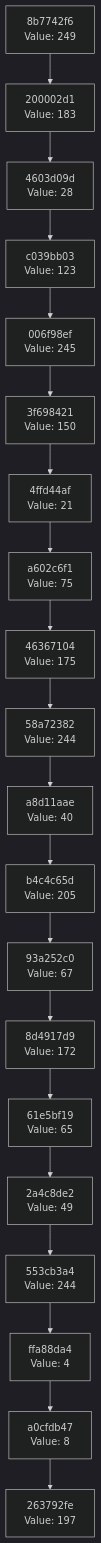
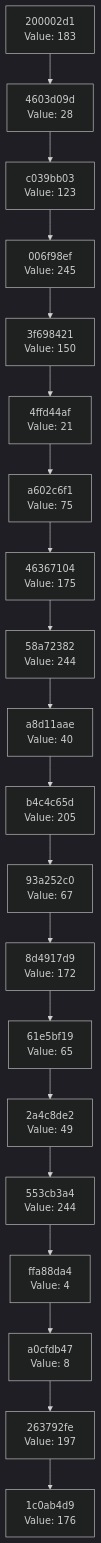
One commit to Abhisheksinha1506/hash-chain-evolver changed the diagram in docs/CHAIN_VISUALIZATION.md. Above: the diagram before and after it, drawn with Mermaid (dark theme). The commit also changed 3 other files, not shown here.

````diff
--- a/docs/CHAIN_VISUALIZATION.md
+++ b/docs/CHAIN_VISUALIZATION.md
@@ -3,42 +3,42 @@
 ```mermaid
 graph TD
-    C0["263792fe<br/>Value: 197"]
-    C1["a0cfdb47<br/>Value: 8"]
+    C0["1c0ab4d9<br/>Value: 176"]
+    C1["263792fe<br/>Value: 197"]
     C1 --> C0
-    C2["ffa88da4<br/>Value: 4"]
+    C2["a0cfdb47<br/>Value: 8"]
     C2 --> C1
-    C3["553cb3a4<br/>Value: 244"]
+    C3["ffa88da4<br/>Value: 4"]
     C3 --> C2
-    C4["2a4c8de2<br/>Value: 49"]
+    C4["553cb3a4<br/>Value: 244"]
     C4 --> C3
-    C5["61e5bf19<br/>Value: 65"]
+    C5["2a4c8de2<br/>Value: 49"]
     C5 --> C4
-    C6["8d4917d9<br/>Value: 172"]
+    C6["61e5bf19<br/>Value: 65"]
     C6 --> C5
-    C7["93a252c0<br/>Value: 67"]
+    C7["8d4917d9<br/>Value: 172"]
     C7 --> C6
-    C8["b4c4c65d<br/>Value: 205"]
+    C8["93a252c0<br/>Value: 67"]
     C8 --> C7
-    C9["a8d11aae<br/>Value: 40"]
+    C9["b4c4c65d<br/>Value: 205"]
     C9 --> C8
-    C10["58a72382<br/>Value: 244"]
+    C10["a8d11aae<br/>Value: 40"]
     C10 --> C9
-    C11["46367104<br/>Value: 175"]
+    C11["58a72382<br/>Value: 244"]
     C11 --> C10
-    C12["a602c6f1<br/>Value: 75"]
+    C12["46367104<br/>Value: 175"]
     C12 --> C11
-    C13["4ffd44af<br/>Value: 21"]
+    C13["a602c6f1<br/>Value: 75"]
     C13 --> C12
-    C14["3f698421<br/>Value: 150"]
+    C14["4ffd44af<br/>Value: 21"]
     C14 --> C13
-    C15["006f98ef<br/>Value: 245"]
+    C15["3f698421<br/>Value: 150"]
     C15 --> C14
-    C16["c039bb03<br/>Value: 123"]
+    C16["006f98ef<br/>Value: 245"]
     C16 --> C15
-    C17["4603d09d<br/>Value: 28"]
+    C17["c039bb03<br/>Value: 123"]
     C17 --> C16
-    C18["200002d1<br/>Value: 183"]
+    C18["4603d09d<br/>Value: 28"]
     C18 --> C17
-    C19["8b7742f6<br/>Value: 249"]
+    C19["200002d1<br/>Value: 183"]
     C19 --> C18
 ```
````
